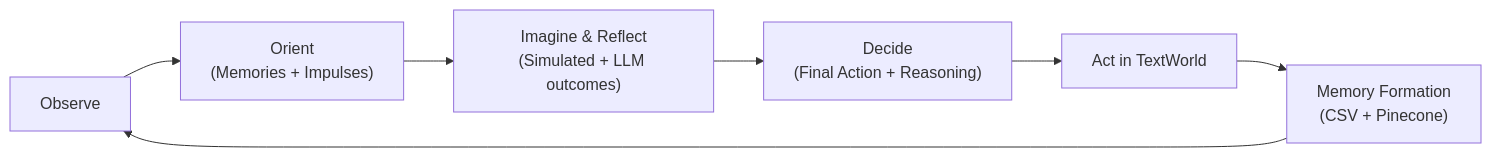
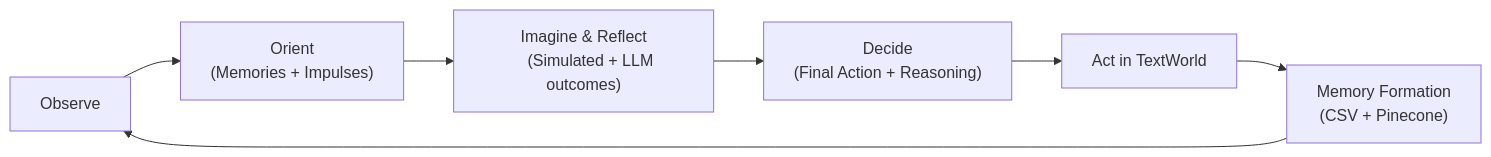
One commit to dataatsky/Project-Adam changed the second of 2 diagrams in readme.md. Above: the diagram before and after it, drawn with Mermaid.

````diff
--- a/readme.md
+++ b/readme.md
@@ -75,9 +75,13 @@
 ```mermaid
 flowchart LR
-    O[Observe] --> R["Orient\n(Memories + Impulses)"]
-    R --> I["Imagine & Reflect\n(Simulated + LLM outcomes)"]
-    I --> D["Decide\n(Final Action + Reasoning)"]
+    O[Observe] --> R["Orient 
+    (Memories + Impulses)"]
+    R --> I["Imagine & Reflect
+    (Simulated + LLM outcomes)"]
+    I --> D["Decide
+    (Final Action + Reasoning)"]
     D --> A["Act in TextWorld"]
     A --> M["Memory Formation\n(CSV + Pinecone)"]
     M --> O
+
 ```
````
